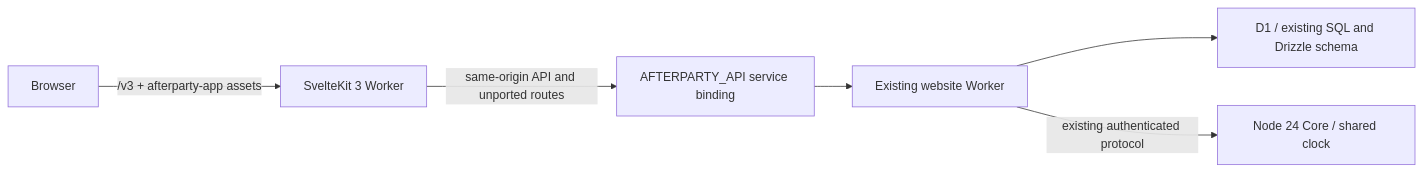
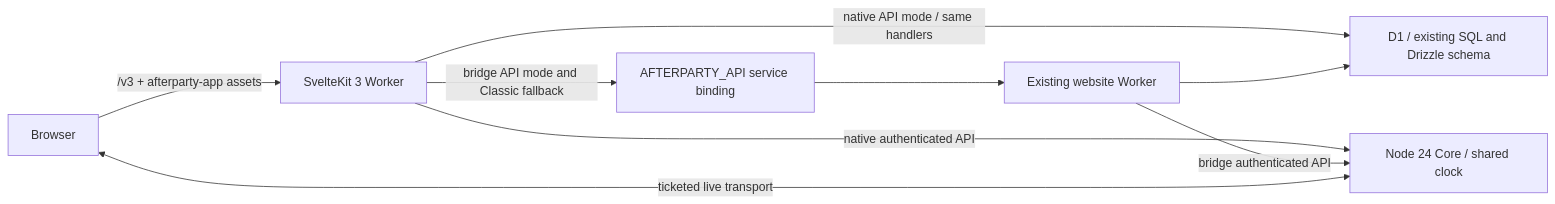
Before and after one commit to lukasvri/Afterparty-MusicBot: the diagram in docs/SVELTEKIT_MIGRATION.md, drawn with Mermaid. The commit also changed other lines of this file and 24 other files, not shown here.

````diff
--- a/docs/SVELTEKIT_MIGRATION.md
+++ b/docs/SVELTEKIT_MIGRATION.md
@@ -39,8 +57,11 @@
 ```mermaid
 flowchart LR
   Browser -->|/v3 + afterparty-app assets| Svelte[SvelteKit 3 Worker]
-  Svelte -->|same-origin API and unported routes| Binding[AFTERPARTY_API service binding]
+  Svelte -->|bridge API mode and Classic fallback| Binding[AFTERPARTY_API service binding]
   Binding --> Legacy[Existing website Worker]
-  Legacy --> D1[D1 / existing SQL and Drizzle schema]
-  Legacy -->|existing authenticated protocol| Core[Node 24 Core / shared clock]
+  Svelte -->|native API mode / same handlers| D1[D1 / existing SQL and Drizzle schema]
+  Legacy --> D1
+  Svelte -->|native authenticated API| Core[Node 24 Core / shared clock]
+  Legacy -->|bridge authenticated API| Core
+  Browser <-->|ticketed live transport| Core
 ```
````
